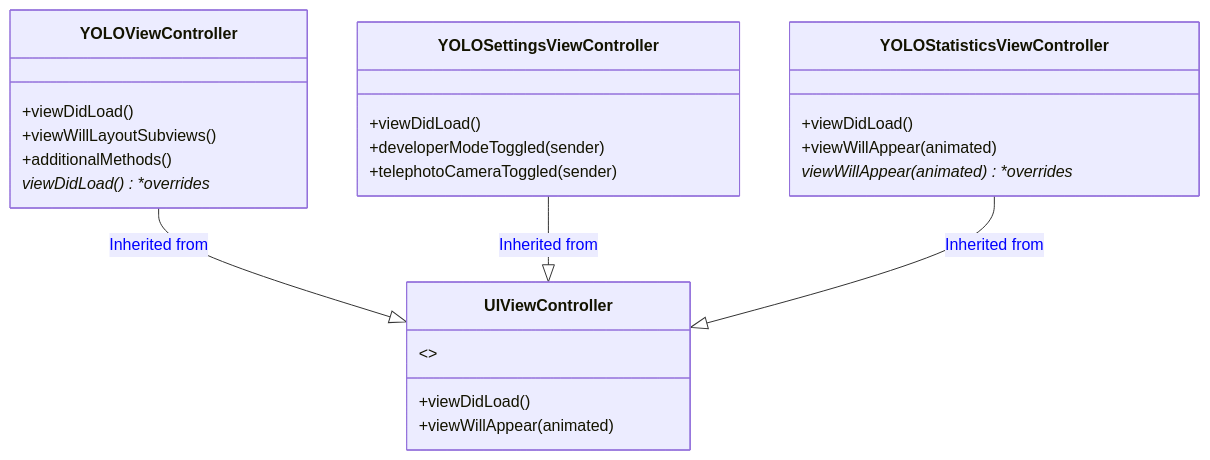
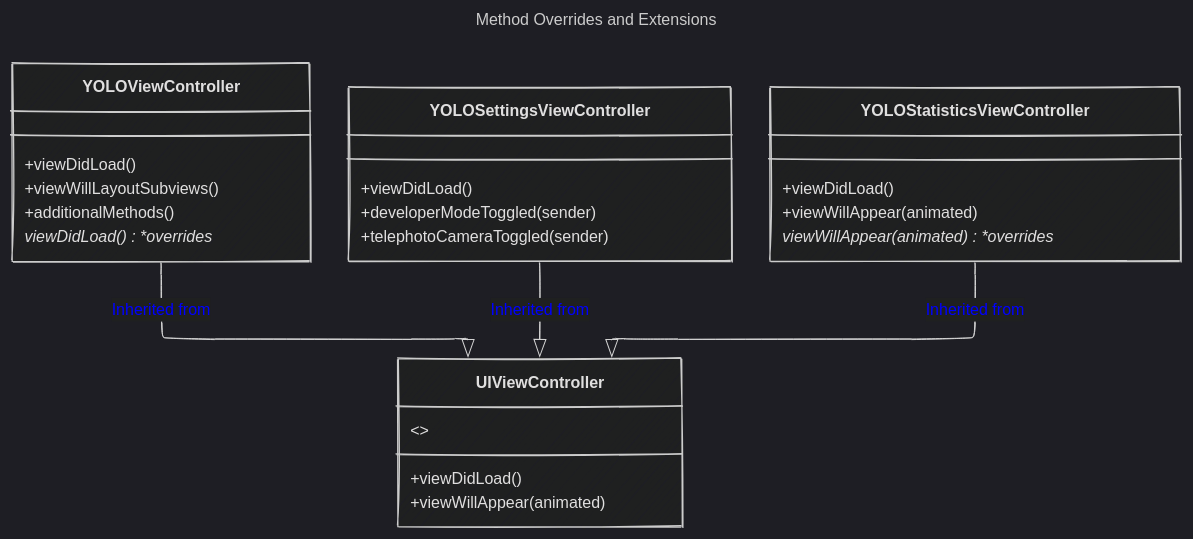
Before and after one commit to CongLeSolutionX/iOS-development-vault: the seventh of 10 diagrams in Reversing_Engineer_through_Interfaces/Swift-generated_header_file_in_depth_in_Mermaid.md, drawn with Mermaid. The commit also changed other lines of this file and 8 other files, not shown here.

````diff
--- a/Reversing_Engineer_through_Interfaces/Swift-generated_header_file_in_depth_in_Mermaid.md
+++ b/Reversing_Engineer_through_Interfaces/Swift-generated_header_file_in_depth_in_Mermaid.md
@@ -375,37 +417,44 @@
 ```mermaid
+---
+title: Method Overrides and Extensions
+config:
+  layout: elk
+  look: handDrawn
+  theme: dark
+---
 %% %%   Notes:
 %% %%   - Blue arrows (`--|>`) represent inheritance.
 %% %%   - Green arrows (`..|>`) represent protocol conformance.
 %% %%   - Red Open diamonds arrows (`o--`) represent associations (usage/has-a relationships).
 classDiagram
     class UIViewController {
         +viewDidLoad()
         +viewWillAppear(animated)
     }
 
     class YOLOViewController {
         +viewDidLoad()
         +viewWillLayoutSubviews()
         +additionalMethods()
     }
     YOLOViewController --|> UIViewController :  <font color=blue>Inherited from</font>
 
     class YOLOSettingsViewController {
         +viewDidLoad()
         +developerModeToggled(sender)
         +telephotoCameraToggled(sender)
     }
     YOLOSettingsViewController --|> UIViewController :  <font color=blue>Inherited from</font>
 
     class YOLOStatisticsViewController {
         +viewDidLoad()
         +viewWillAppear(animated)
     }
     YOLOStatisticsViewController --|> UIViewController :  <font color=blue>Inherited from</font>
 
     %% Indicate overridden methods
     UIViewController : <<virtual>>
     YOLOViewController : viewDidLoad() *overrides*
     YOLOStatisticsViewController : viewWillAppear(animated) *overrides*
 
 ```
````
